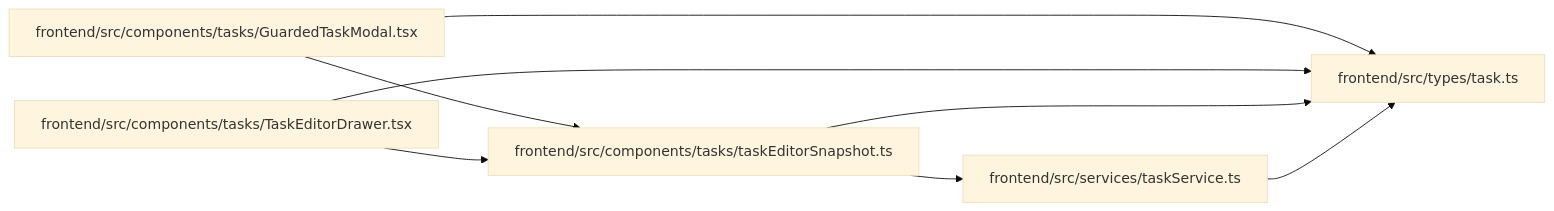
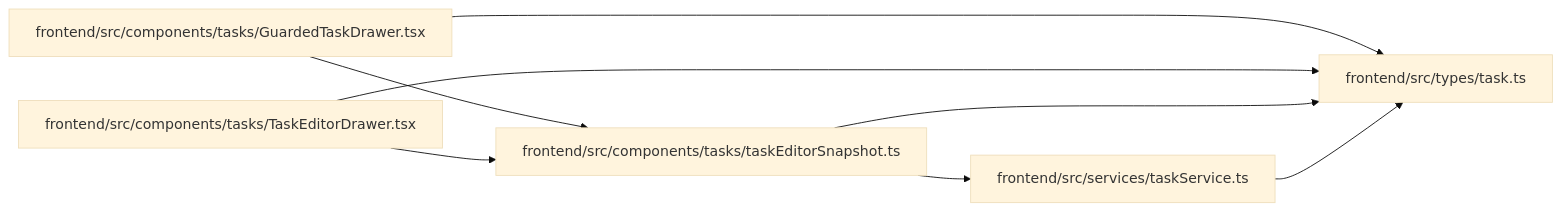
Before and after one commit to Denissvgn/WorkChord: the diagram in docs/llm_wiki/modules/taskEditorSnapshot.md, drawn with Mermaid (base theme). The commit also changed other lines of this file and 2373 other files, not shown here.

````diff
--- a/docs/llm_wiki/modules/taskEditorSnapshot.md
+++ b/docs/llm_wiki/modules/taskEditorSnapshot.md
@@ -27,20 +27,20 @@
 ```mermaid
 flowchart LR
-    n0["frontend/src/components/tasks/GuardedTaskModal.tsx"]
+    n0["frontend/src/components/tasks/GuardedTaskDrawer.tsx"]
     n1["frontend/src/components/tasks/TaskEditorDrawer.tsx"]
     n2["frontend/src/components/tasks/taskEditorSnapshot.ts"]
     n3["frontend/src/services/taskService.ts"]
     n4["frontend/src/types/task.ts"]
     n0 --> n2
     n0 --> n4
     n1 --> n2
     n1 --> n4
     n2 --> n3
     n2 --> n4
     n3 --> n4
-    click n0 "../modules/GuardedTaskModal.md"
+    click n0 "../modules/GuardedTaskDrawer.md"
     click n1 "../modules/TaskEditorDrawer.md"
     click n2 "../modules/taskEditorSnapshot.md"
     click n3 "../modules/taskService.md"
     click n4 "../modules/types_task.md"
 ```
````
